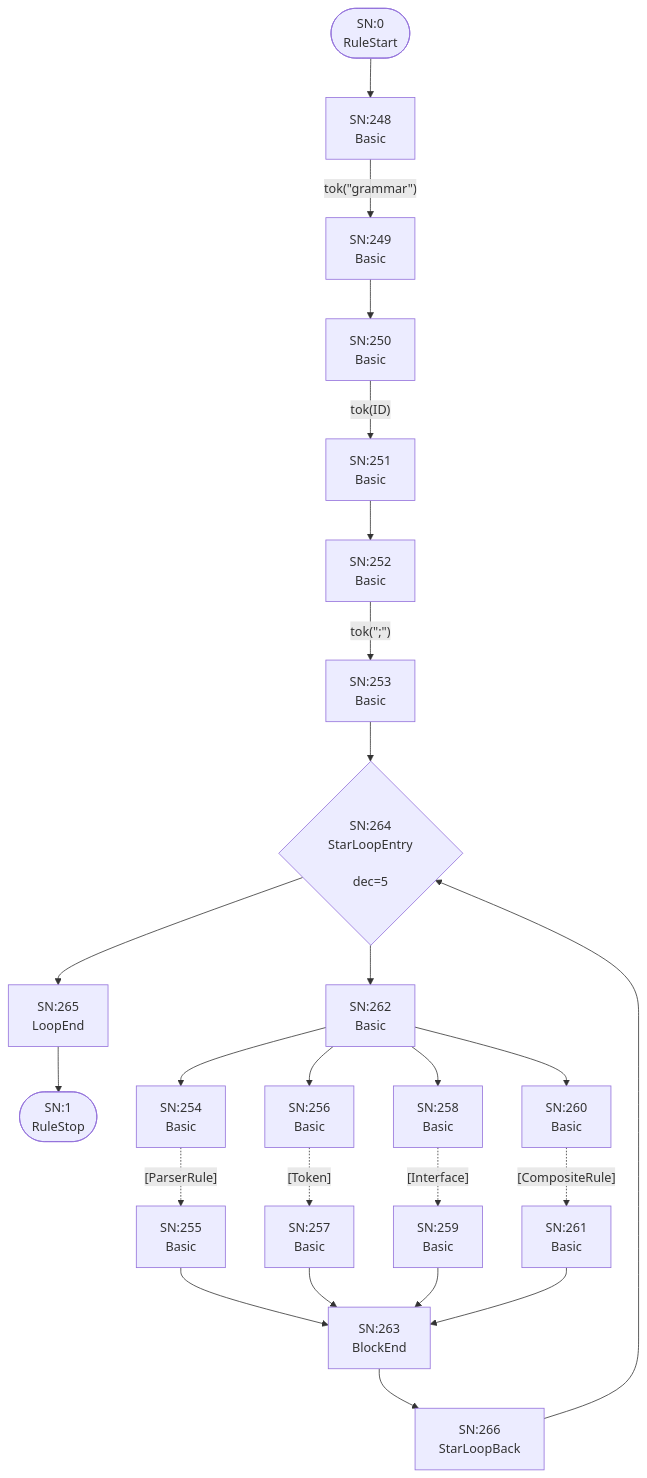
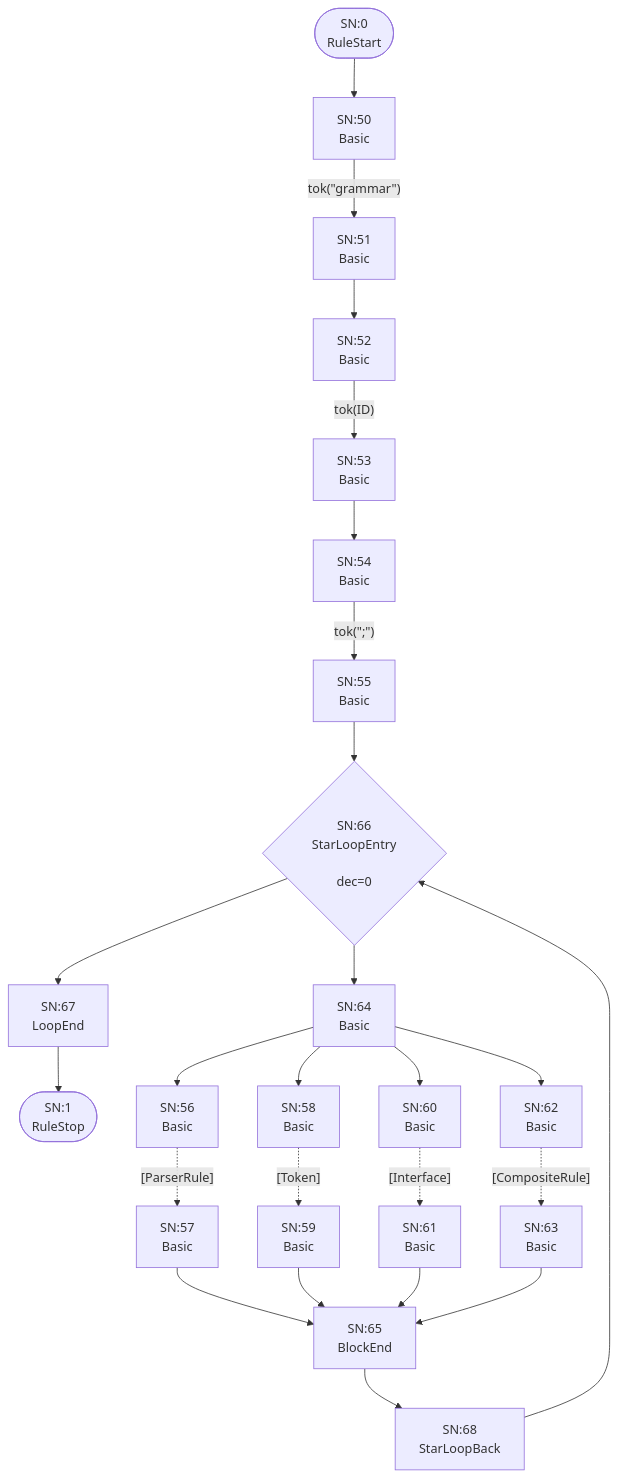
Before and after one commit to TypeFox/fastbelt: the first of 25 diagrams in internal/grammar/atn.md, drawn with Mermaid. The commit also changed other lines of this file and 12 other files, not shown here.

````diff
--- a/internal/grammar/atn.md
+++ b/internal/grammar/atn.md
@@ -5,49 +5,49 @@
 ```mermaid
 flowchart TD
     q0(["SN:0<br/>RuleStart"])
     q1(["SN:1<br/>RuleStop"])
-    q248["SN:248<br/>Basic<br/>"]
-    q249["SN:249<br/>Basic<br/>"]
-    q250["SN:250<br/>Basic<br/>"]
-    q251["SN:251<br/>Basic<br/>"]
-    q252["SN:252<br/>Basic<br/>"]
-    q253["SN:253<br/>Basic<br/>"]
-    q254["SN:254<br/>Basic<br/>"]
-    q255["SN:255<br/>Basic<br/>"]
-    q256["SN:256<br/>Basic<br/>"]
-    q257["SN:257<br/>Basic<br/>"]
-    q258["SN:258<br/>Basic<br/>"]
-    q259["SN:259<br/>Basic<br/>"]
-    q260["SN:260<br/>Basic<br/>"]
-    q261["SN:261<br/>Basic<br/>"]
-    q262["SN:262<br/>Basic<br/>"]
-    q263["SN:263<br/>BlockEnd<br/>"]
-    q264{"SN:264<br/>StarLoopEntry<br/><br/>dec=5"}
-    q265["SN:265<br/>LoopEnd<br/>"]
-    q266["SN:266<br/>StarLoopBack<br/>"]
+    q50["SN:50<br/>Basic<br/>"]
+    q51["SN:51<br/>Basic<br/>"]
+    q52["SN:52<br/>Basic<br/>"]
+    q53["SN:53<br/>Basic<br/>"]
+    q54["SN:54<br/>Basic<br/>"]
+    q55["SN:55<br/>Basic<br/>"]
+    q56["SN:56<br/>Basic<br/>"]
+    q57["SN:57<br/>Basic<br/>"]
+    q58["SN:58<br/>Basic<br/>"]
+    q59["SN:59<br/>Basic<br/>"]
+    q60["SN:60<br/>Basic<br/>"]
+    q61["SN:61<br/>Basic<br/>"]
+    q62["SN:62<br/>Basic<br/>"]
+    q63["SN:63<br/>Basic<br/>"]
+    q64["SN:64<br/>Basic<br/>"]
+    q65["SN:65<br/>BlockEnd<br/>"]
+    q66{"SN:66<br/>StarLoopEntry<br/><br/>dec=0"}
+    q67["SN:67<br/>LoopEnd<br/>"]
+    q68["SN:68<br/>StarLoopBack<br/>"]
 
-    q0 --> q248
-    q248 -->|"tok(&quot;grammar&quot;)"| q249
-    q249 --> q250
-    q250 -->|"tok(ID)"| q251
-    q251 --> q252
-    q252 -->|"tok(&quot;;&quot;)"| q253
-    q253 --> q264
-    q254 -.->|"[ParserRule]"| q255
-    q255 --> q263
-    q256 -.->|"[Token]"| q257
-    q257 --> q263
-    q258 -.->|"[Interface]"| q259
-    q259 --> q263
-    q260 -.->|"[CompositeRule]"| q261
-    q261 --> q263
-    q262 --> q254
-    q262 --> q256
-    q262 --> q258
-    q262 --> q260
-    q263 --> q266
-    q264 --> q262
-    q264 --> q265
-    q265 --> q1
-    q266 --> q264
+    q0 --> q50
+    q50 -->|"tok(&quot;grammar&quot;)"| q51
+    q51 --> q52
+    q52 -->|"tok(ID)"| q53
+    q53 --> q54
+    q54 -->|"tok(&quot;;&quot;)"| q55
+    q55 --> q66
+    q56 -.->|"[ParserRule]"| q57
+    q57 --> q65
+    q58 -.->|"[Token]"| q59
+    q59 --> q65
+    q60 -.->|"[Interface]"| q61
+    q61 --> q65
+    q62 -.->|"[CompositeRule]"| q63
+    q63 --> q65
+    q64 --> q56
+    q64 --> q58
+    q64 --> q60
+    q64 --> q62
+    q65 --> q68
+    q66 --> q64
+    q66 --> q67
+    q67 --> q1
+    q68 --> q66
 ```
````
